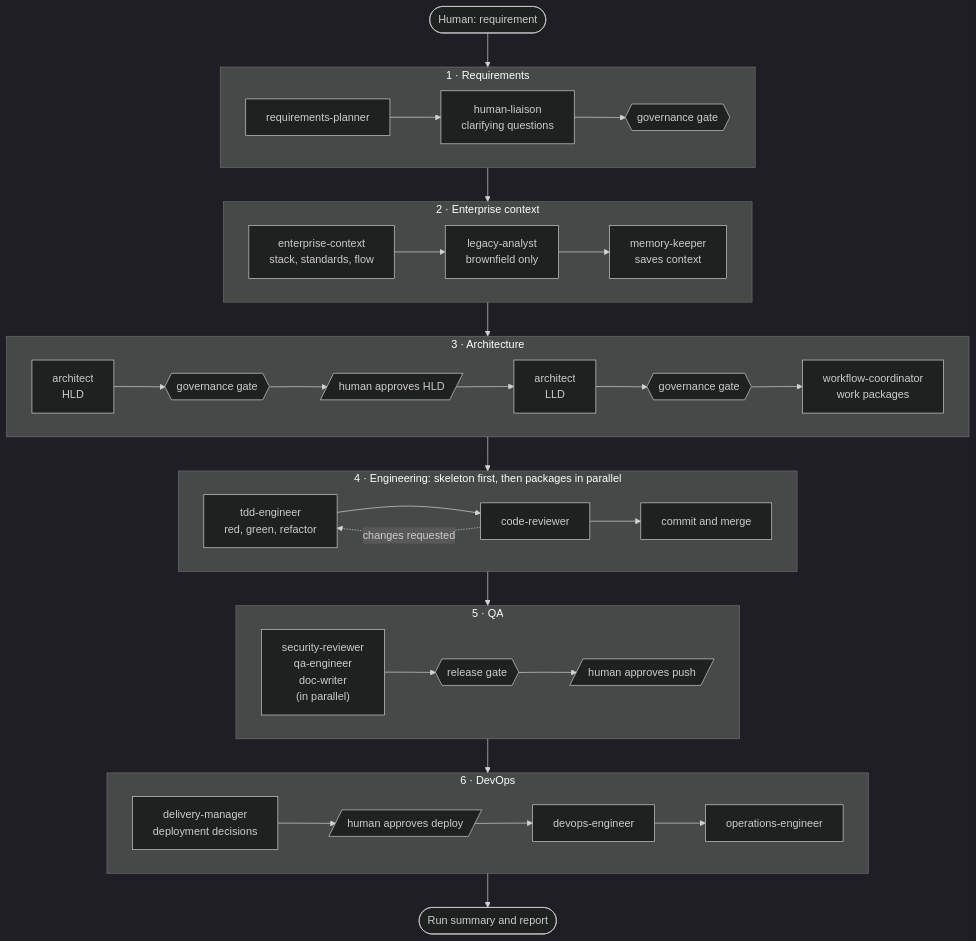
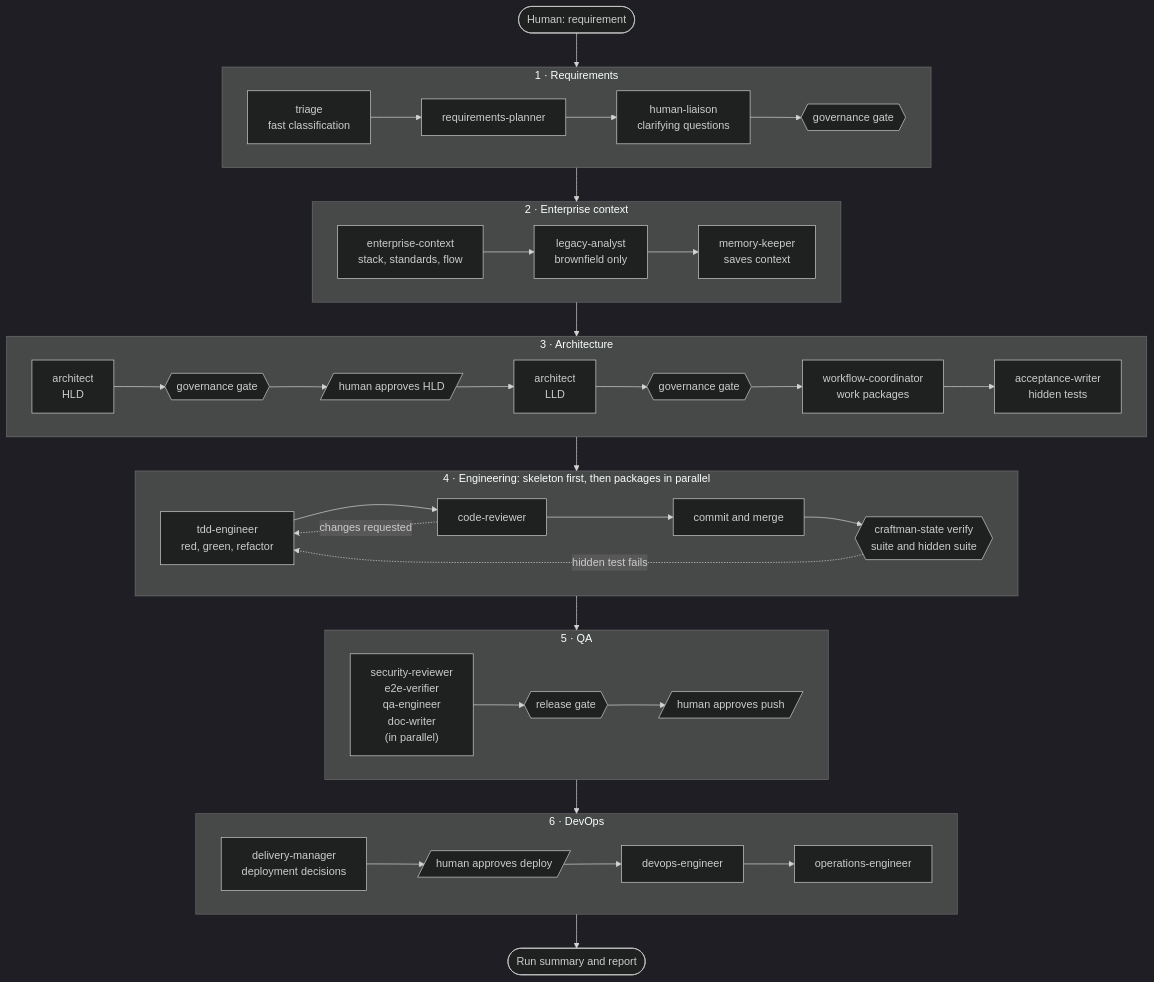
Before and after one commit to suraj-singh-sde/ai-craftman: the first of 2 diagrams in README.md, drawn with Mermaid (dark theme). The commit also changed other lines of this file and 31 other files, not shown here.

First line of the commit message:
feat: 0.8.0 - triage, bugfix profile, hidden acceptance tests, verified suites, e2e, model routing

````diff
--- a/README.md
+++ b/README.md
@@ -9,30 +9,31 @@
 ```mermaid
 flowchart TB
     human(["Human: requirement"]) --> s1
     subgraph s1["1 · Requirements"]
         direction LR
-        planner["requirements-planner"] --> clar["human-liaison<br/>clarifying questions"] --> g1{{"governance gate"}}
+        triage["triage<br/>fast classification"] --> planner["requirements-planner"] --> clar["human-liaison<br/>clarifying questions"] --> g1{{"governance gate"}}
     end
     subgraph s2["2 · Enterprise context"]
         direction LR
         ctx["enterprise-context<br/>stack, standards, flow"] --> legacy["legacy-analyst<br/>brownfield only"] --> mem["memory-keeper<br/>saves context"]
     end
     subgraph s3["3 · Architecture"]
         direction LR
-        hld["architect<br/>HLD"] --> g2{{"governance gate"}} --> ap1[/"human approves HLD"/] --> lld["architect<br/>LLD"] --> g3{{"governance gate"}} --> plan["workflow-coordinator<br/>work packages"]
+        hld["architect<br/>HLD"] --> g2{{"governance gate"}} --> ap1[/"human approves HLD"/] --> lld["architect<br/>LLD"] --> g3{{"governance gate"}} --> plan["workflow-coordinator<br/>work packages"] --> hidden["acceptance-writer<br/>hidden tests"]
     end
     subgraph s4["4 · Engineering: skeleton first, then packages in parallel"]
         direction LR
-        tdd["tdd-engineer<br/>red, green, refactor"] --> rev["code-reviewer"] --> merge["commit and merge"]
+        tdd["tdd-engineer<br/>red, green, refactor"] --> rev["code-reviewer"] --> merge["commit and merge"] --> ver{{"craftman-state verify<br/>suite and hidden suite"}}
         rev -. "changes requested" .-> tdd
+        ver -. "hidden test fails" .-> tdd
     end
     subgraph s5["5 · QA"]
         direction LR
-        par["security-reviewer<br/>qa-engineer<br/>doc-writer<br/>(in parallel)"] --> g4{{"release gate"}} --> ap2[/"human approves push"/]
+        par["security-reviewer<br/>e2e-verifier<br/>qa-engineer<br/>doc-writer<br/>(in parallel)"] --> g4{{"release gate"}} --> ap2[/"human approves push"/]
     end
     subgraph s6["6 · DevOps"]
         direction LR
         del["delivery-manager<br/>deployment decisions"] --> ap3[/"human approves deploy"/] --> devops["devops-engineer"] --> ops["operations-engineer"]
     end
     s1 --> s2 --> s3 --> s4 --> s5 --> s6 --> fin(["Run summary and report"])
 ```
````
